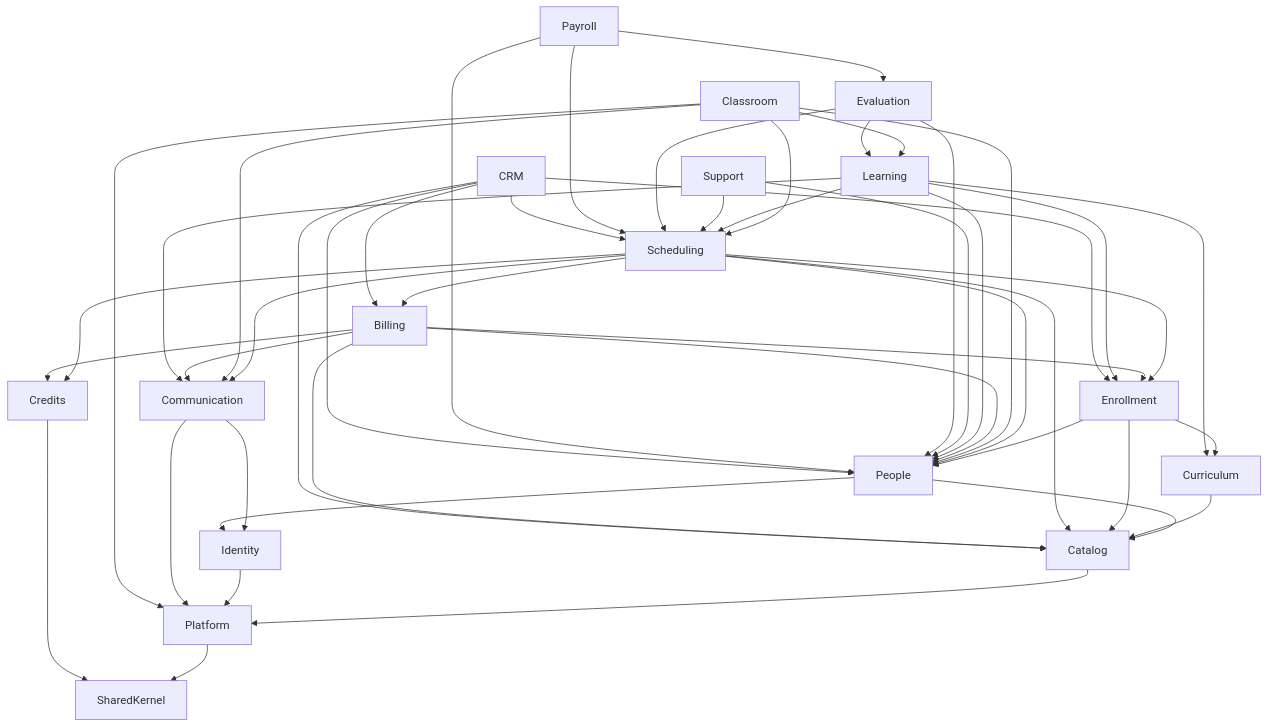
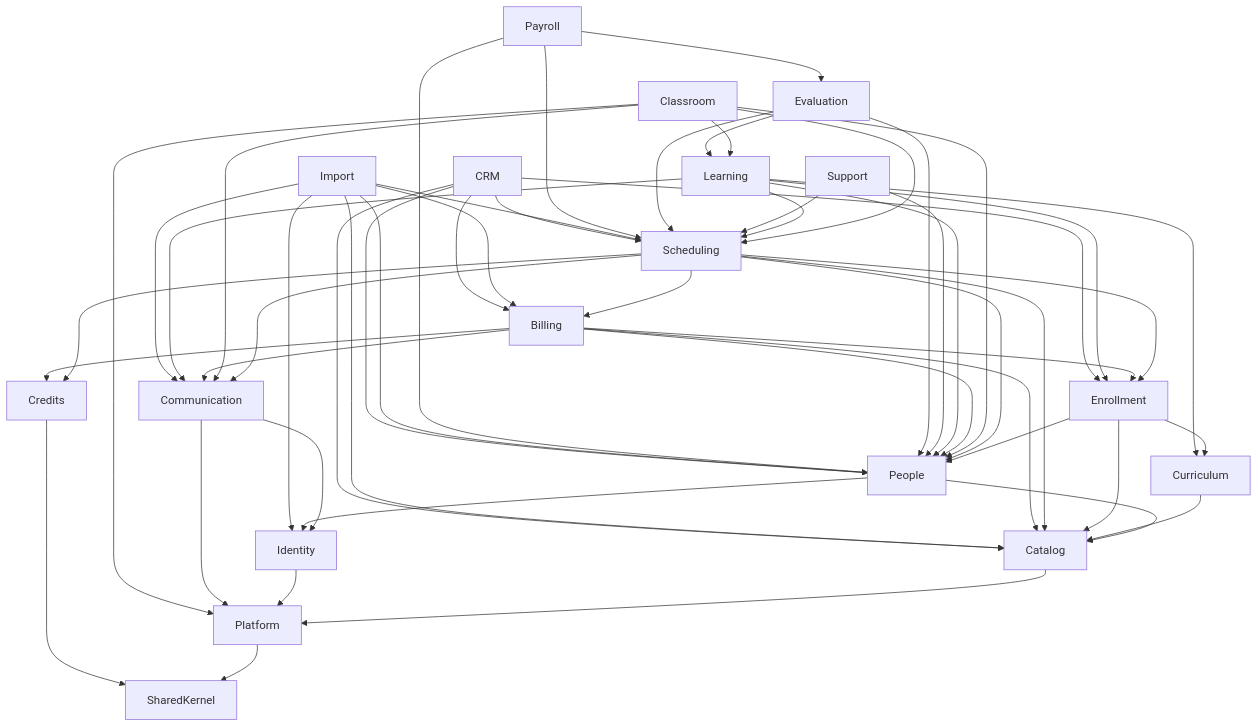
Before and after one commit to Mahmoud-Elgonidi/academy-lms: the diagram in docs/architecture/04-design-patterns.md, drawn with Mermaid. The commit also changed other lines of this file and 78 other files, not shown here.

````diff
--- a/docs/architecture/04-design-patterns.md
+++ b/docs/architecture/04-design-patterns.md
@@ -48,19 +49,20 @@
 ```mermaid
 flowchart TD
     CRM --> People & Catalog & Scheduling & Enrollment & Billing
+    Import --> Identity & People & Catalog & Scheduling & Billing & Communication
     Payroll --> People & Scheduling & Evaluation
     Evaluation --> People & Scheduling & Learning
     Support --> People & Scheduling
     Learning --> Scheduling & Enrollment & Curriculum & People & Communication
     Billing --> People & Catalog & Enrollment & Credits & Communication
     Classroom --> Scheduling & Learning & People & Communication & Platform
     Scheduling --> People & Catalog & Enrollment & Credits & Billing & Communication
     Enrollment --> People & Catalog & Curriculum
     Curriculum --> Catalog
     People --> Identity & Catalog
     Communication --> Identity & Platform
     Identity --> Platform
     Catalog --> Platform
     Credits --> SharedKernel
     Platform --> SharedKernel
 ```
````
